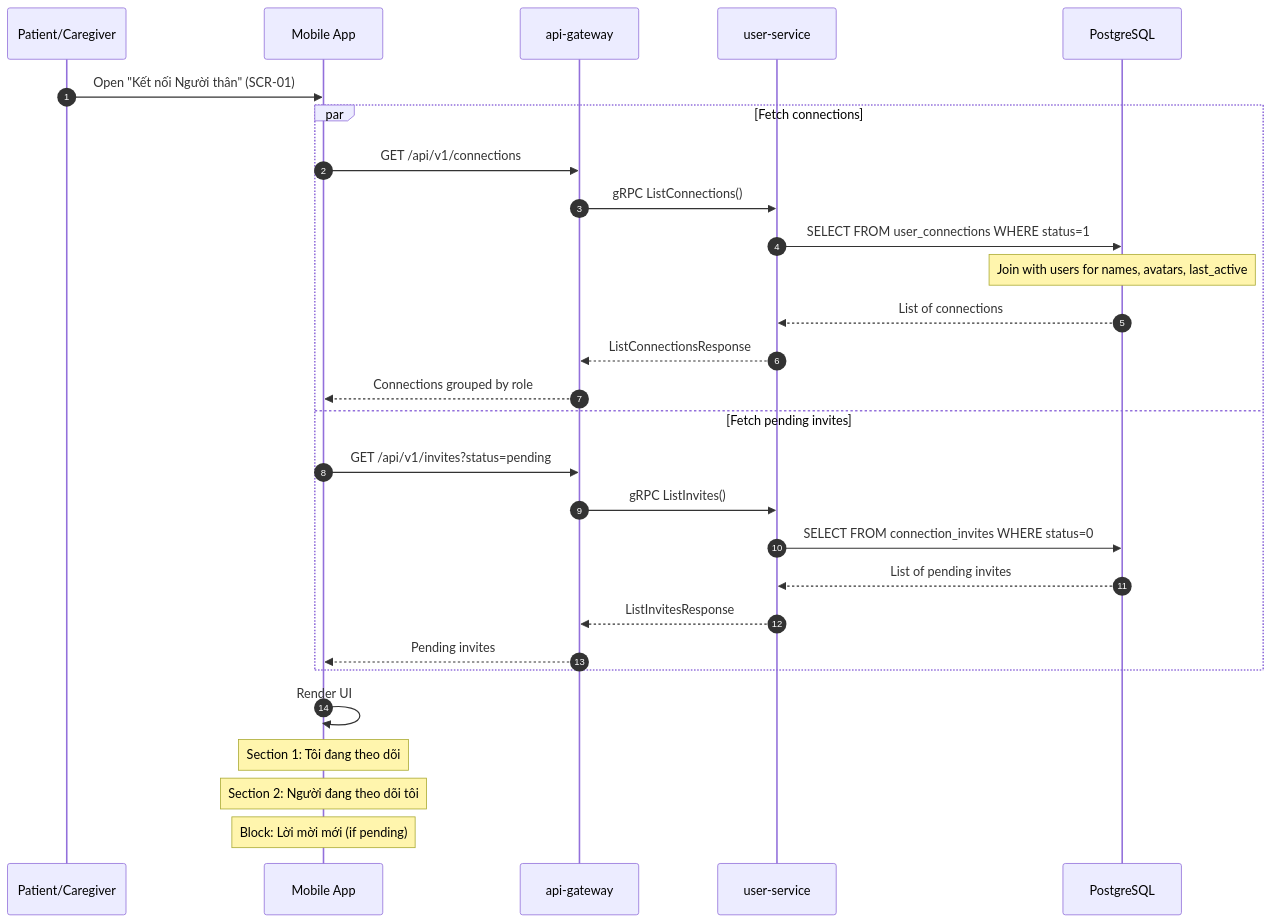
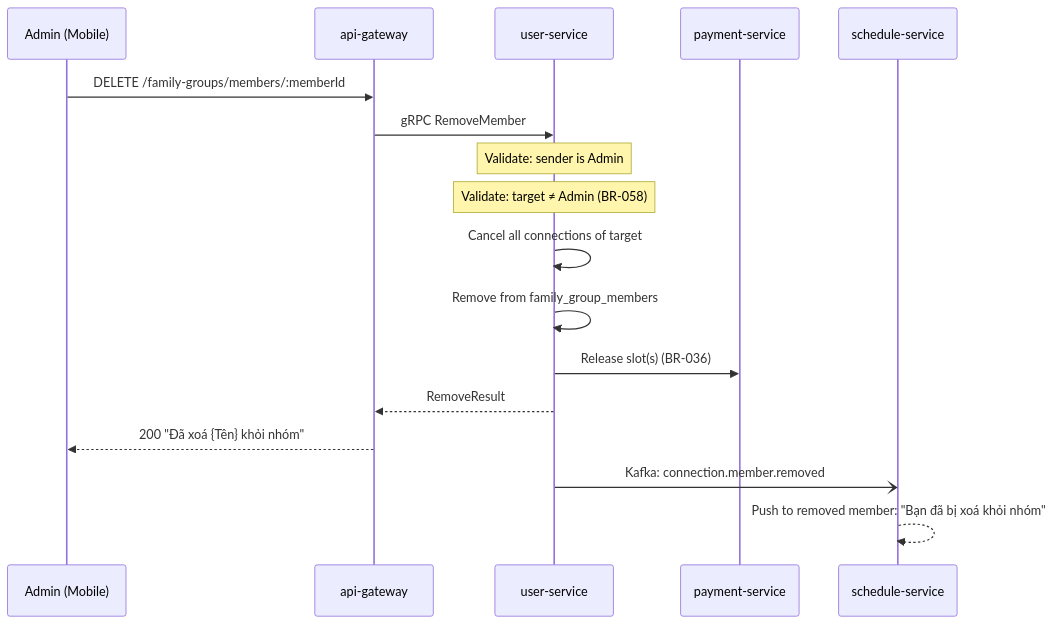
Before and after one commit to huynv-osp/kolia-huynv-local: the seventh of 12 diagrams in nguoi_than/features/ket_noi_nguoi_than/02_planning/sequence-diagram.md, drawn with Mermaid. The commit also changed other lines of this file and 30 other files, not shown here.

Commit message:
refactor: :recycle:  update tài liệu kết nối người thân

````diff
--- a/nguoi_than/features/ket_noi_nguoi_than/02_planning/sequence-diagram.md
+++ b/nguoi_than/features/ket_noi_nguoi_than/02_planning/sequence-diagram.md
@@ -284,33 +205,24 @@
 ```mermaid
 sequenceDiagram
-    autonumber
-    participant User as Patient/Caregiver
-    participant App as Mobile App
+    participant A as Admin (Mobile)
     participant GW as api-gateway
     participant US as user-service
-    participant DB as PostgreSQL
+    participant PS as payment-service
+    participant SS as schedule-service
 
-    User->>App: Open "Kết nối Người thân" (SCR-01)
+    A->>GW: DELETE /family-groups/members/:memberId
+    GW->>US: gRPC RemoveMember
     
-    par Fetch connections
-        App->>GW: GET /api/v1/connections
-        GW->>US: gRPC ListConnections()
-        US->>DB: SELECT FROM user_connections WHERE status=1
-        Note over DB: Join with users for names, avatars, last_active
-        DB-->>US: List of connections
-        US-->>GW: ListConnectionsResponse
-        GW-->>App: Connections grouped by role
-    and Fetch pending invites
-        App->>GW: GET /api/v1/invites?status=pending
-        GW->>US: gRPC ListInvites()
-        US->>DB: SELECT FROM connection_invites WHERE status=0
-        DB-->>US: List of pending invites
-        US-->>GW: ListInvitesResponse
-        GW-->>App: Pending invites
-    end
+    Note over US: Validate: sender is Admin
+    Note over US: Validate: target ≠ Admin (BR-058)
     
-    App->>App: Render UI
-    Note over App: Section 1: Tôi đang theo dõi
-    Note over App: Section 2: Người đang theo dõi tôi
-    Note over App: Block: Lời mời mới (if pending)
+    US->>US: Cancel all connections of target
+    US->>US: Remove from family_group_members
+    US->>PS: Release slot(s) (BR-036)
+    
+    US-->>GW: RemoveResult
+    GW-->>A: 200 "Đã xoá {Tên} khỏi nhóm"
+    
+    US-)SS: Kafka: connection.member.removed
+    SS-->>SS: Push to removed member: "Bạn đã bị xoá khỏi nhóm"
 ```
````
